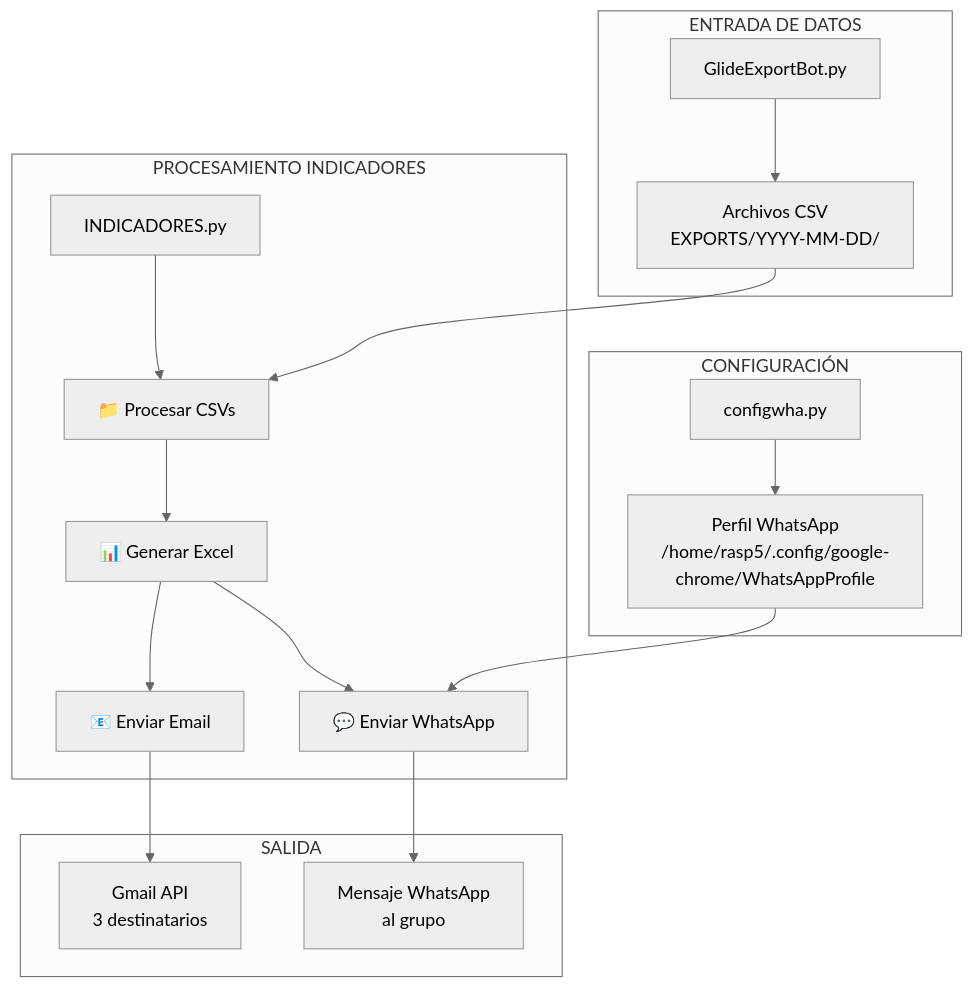
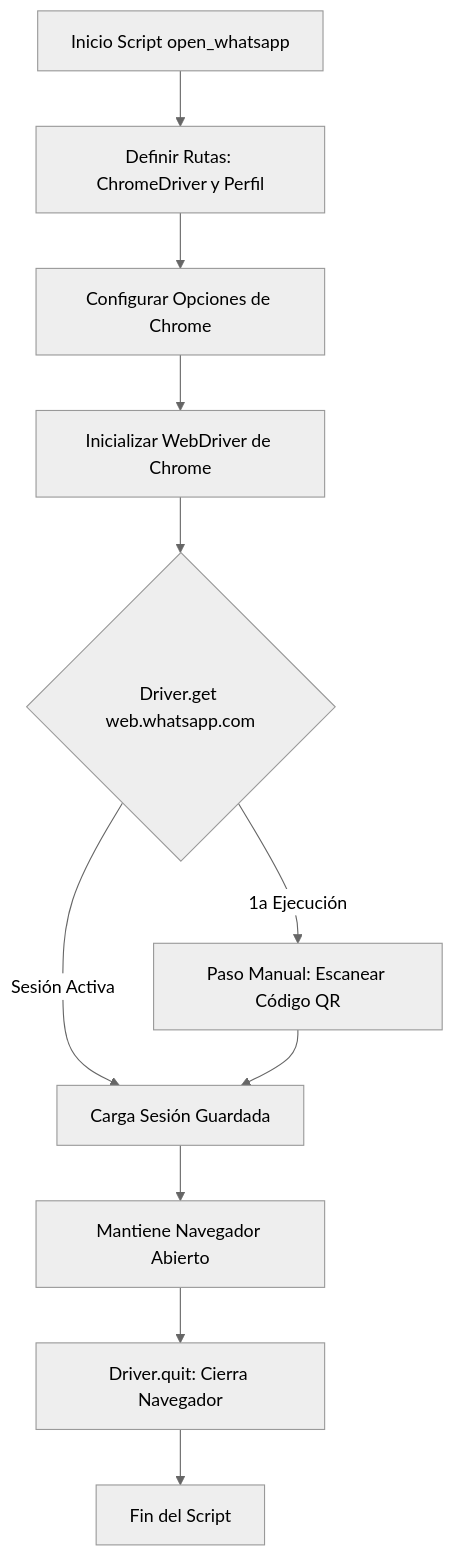
Before and after one commit to ebohorquez589/Prueba: the seventh of 7 diagrams in README.md, drawn with Mermaid (neutral theme).

````diff
--- a/README.md
+++ b/README.md
@@ -714,30 +714,15 @@
 ```mermaid
 
-graph TB
-    %% ========== COMPONENTES PRINCIPALES ==========
-    subgraph "CONFIGURACIÓN"
-        B[configwha.py] --> J[Perfil WhatsApp<br/>/home/rasp5/.config/google-chrome/WhatsAppProfile]
-    end
-    
-    subgraph "PROCESAMIENTO INDICADORES"
-        A[INDICADORES.py] --> F[📁 Procesar CSVs]
-        F --> G[📊 Generar Excel]
-        G --> H[📧 Enviar Email]
-        G --> I[💬 Enviar WhatsApp]
-    end
-    
-    subgraph "ENTRADA DE DATOS"
-        D[GlideExportBot.py] --> E[Archivos CSV<br/>EXPORTS/YYYY-MM-DD/]
-    end
-    
-    subgraph "SALIDA"
-        H --> K[Gmail API<br/>3 destinatarios]
-        I --> L[Mensaje WhatsApp<br/>al grupo]
-    end
-    
-    %% ========== FLUJOS PRINCIPALES ==========
-    E --> F
-    J --> I
-
+graph TD
+    A[Inicio Script open_whatsapp] --> B[Definir Rutas: ChromeDriver y Perfil]
+    B --> C[Configurar Opciones de Chrome]
+    C --> D[Inicializar WebDriver de Chrome]
+    D --> E{Driver.get web.whatsapp.com}
+    E -- 1a Ejecución --> F[Paso Manual: Escanear Código QR]
+    E -- Sesión Activa --> G[Carga Sesión Guardada]
+    F --> G
+    G --> H[Mantiene Navegador Abierto]
+    H --> I[Driver.quit: Cierra Navegador]
+    I --> J[Fin del Script]
 
 ```
````
